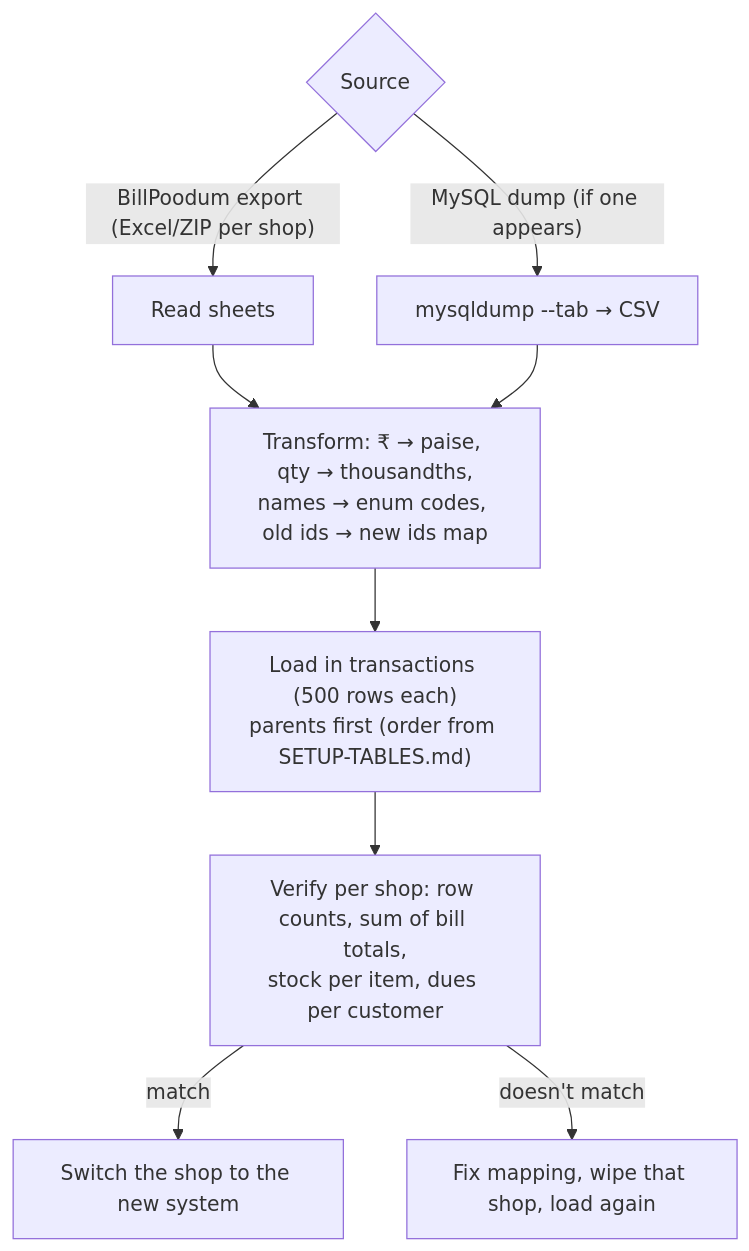
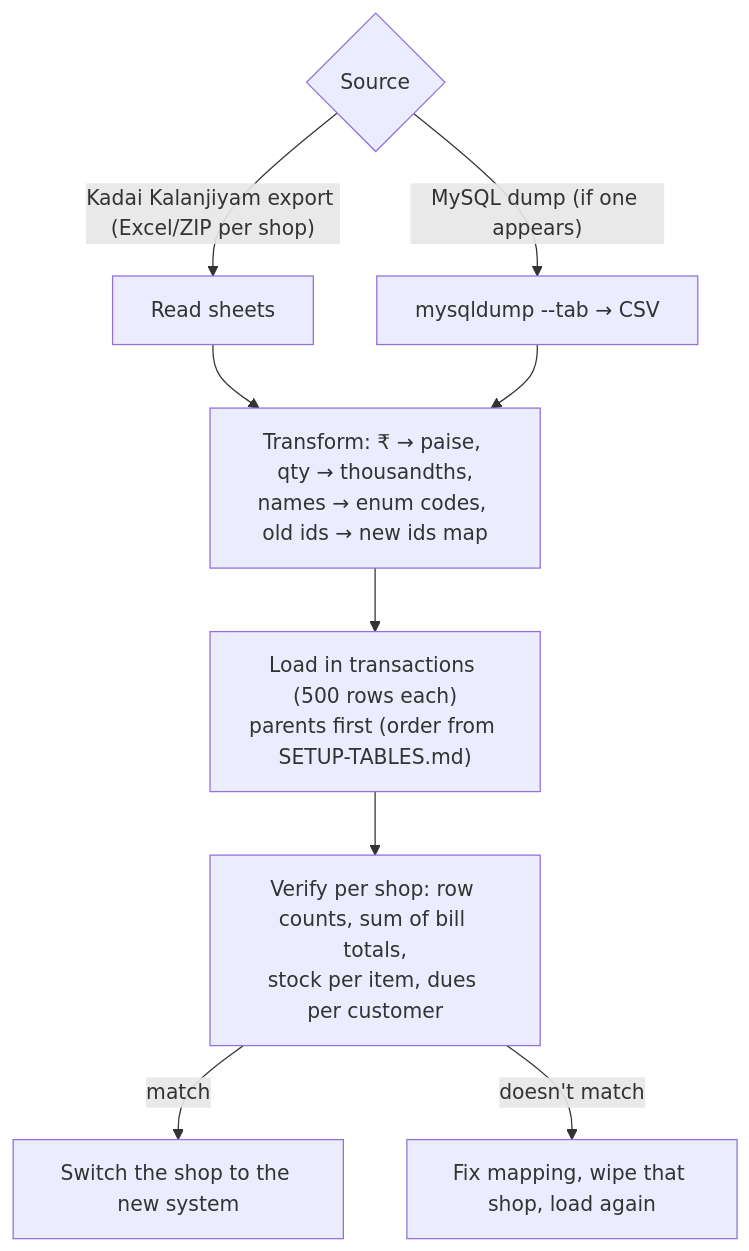
Before and after one commit to yuvankarthi42-hub/Business-Management: the tenth of 10 diagrams in server/catalyst/TURSO-PLAN.md, drawn with Mermaid. The commit also changed other lines of this file and 184 other files, not shown here.

First line of the commit message:
Kadai Kalanjiyam: textile, GST, purchases, points, live updates, cost and security fixes

````diff
--- a/server/catalyst/TURSO-PLAN.md
+++ b/server/catalyst/TURSO-PLAN.md
@@ -450,11 +450,11 @@
 ```mermaid
 flowchart TD
-  SRC{"Source"} -- "BillPoodum export (Excel/ZIP per shop)" --> X1["Read sheets"]
+  SRC{"Source"} -- "Kadai Kalanjiyam export (Excel/ZIP per shop)" --> X1["Read sheets"]
   SRC -- "MySQL dump (if one appears)" --> X2["mysqldump --tab → CSV"]
   X1 --> MAP["Transform: ₹ → paise, qty → thousandths,<br/>names → enum codes, old ids → new ids map"]
   X2 --> MAP
   MAP --> LOAD["Load in transactions (500 rows each)<br/>parents first (order from SETUP-TABLES.md)"]
   LOAD --> VERIFY["Verify per shop: row counts, sum of bill totals,<br/>stock per item, dues per customer"]
   VERIFY -- match --> SWITCH["Switch the shop to the new system"]
   VERIFY -- "doesn't match" --> FIX["Fix mapping, wipe that shop, load again"]
 ```
````
